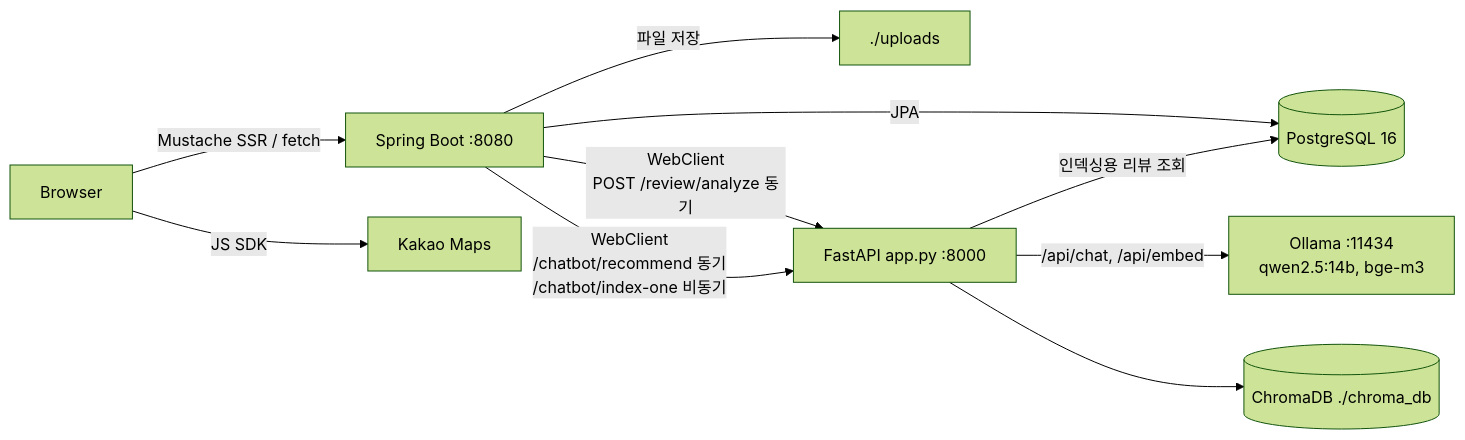
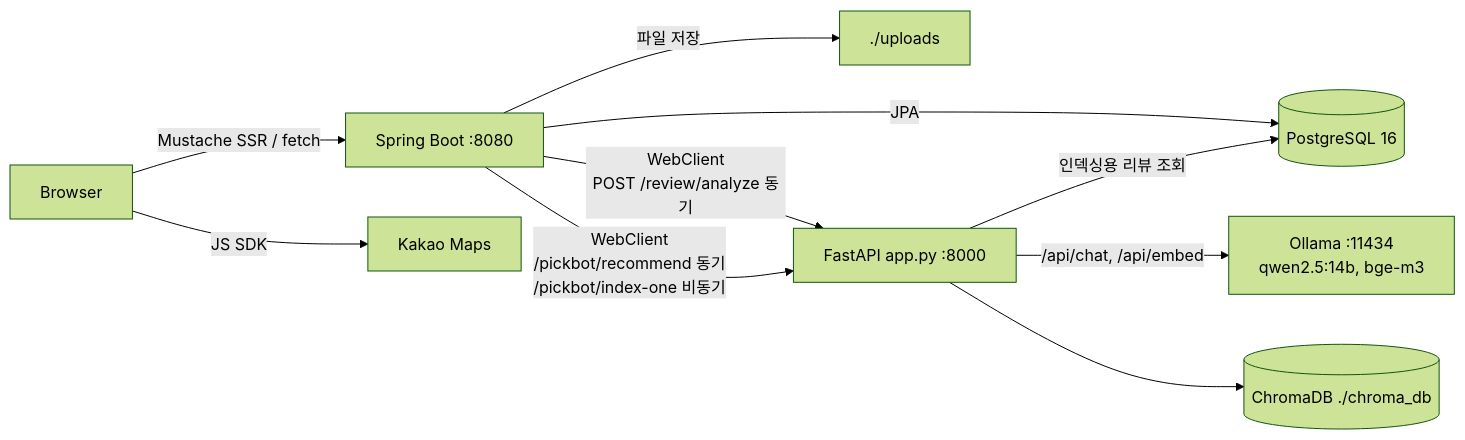
Before and after one commit to HsH1121/MyPickCafe: the first of 2 diagrams in ARCHITECTURE.md, drawn with Mermaid (forest theme). The commit also changed other lines of this file and 30 other files, not shown here.

````diff
--- a/ARCHITECTURE.md
+++ b/ARCHITECTURE.md
@@ -195,12 +195,12 @@
 ```mermaid
 flowchart LR
     B[Browser] -->|Mustache SSR / fetch| S[Spring Boot :8080]
     B -->|JS SDK| K[Kakao Maps]
     S -->|JPA| P[(PostgreSQL 16)]
     S -->|파일 저장| U[./uploads]
     S -->|WebClient<br/>POST /review/analyze 동기| F[FastAPI app.py :8000]
-    S -->|WebClient<br/>/chatbot/recommend 동기<br/>/chatbot/index-one 비동기| F
+    S -->|WebClient<br/>/pickbot/recommend 동기<br/>/pickbot/index-one 비동기| F
     F -->|/api/chat, /api/embed| O[Ollama :11434<br/>qwen2.5:14b, bge-m3]
     F -->|인덱싱용 리뷰 조회| P
     F --> C[(ChromaDB ./chroma_db)]
 ```
````
